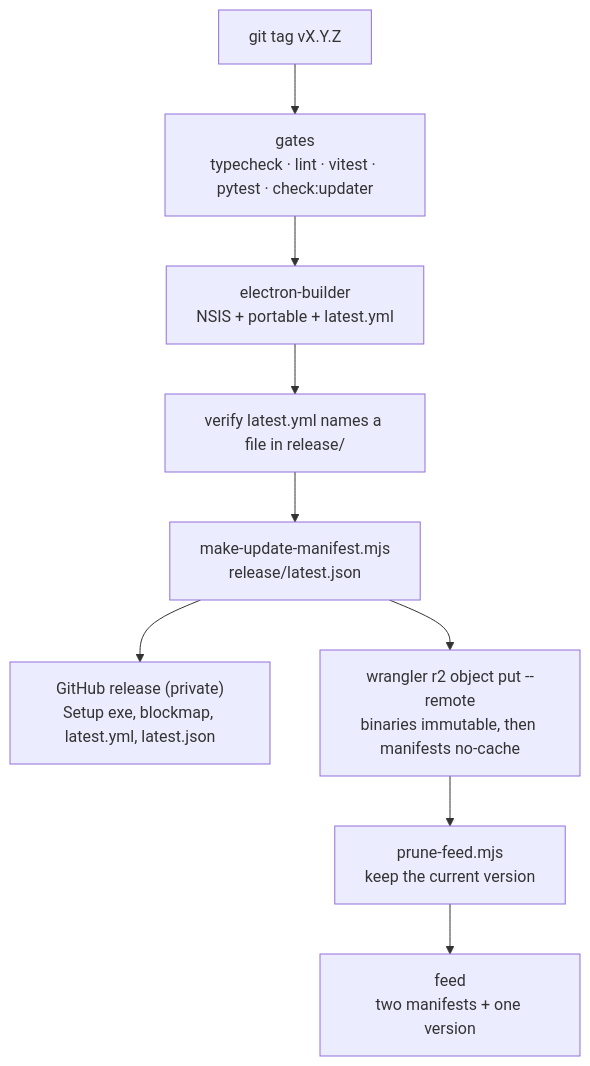
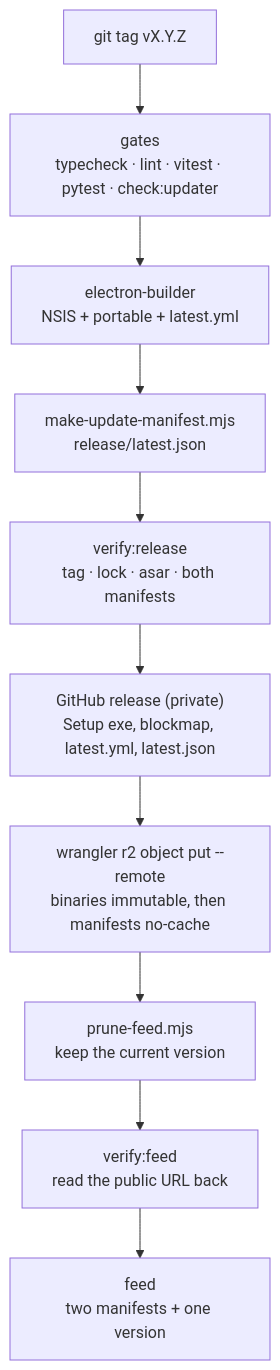
The first of 3 diagrams in docs/UPDATES.md (yassine808/RiotSwitcher), drawn with Mermaid before and after one commit. The commit also changed other lines of this file and 8 other files, not shown here.

Commit message:
feat: gate the release, publish to R2, then verify the live feed

````diff
--- a/docs/UPDATES.md
+++ b/docs/UPDATES.md
@@ -85,11 +85,12 @@
 ```mermaid
 flowchart TD
   T["git tag vX.Y.Z"] --> GATE["gates<br/>typecheck · lint · vitest · pytest · check:updater"]
   GATE --> PACK["electron-builder<br/>NSIS + portable + latest.yml"]
-  PACK --> VERIFY["verify latest.yml names a file in release/"]
-  VERIFY --> MAN["make-update-manifest.mjs<br/>release/latest.json"]
-  MAN --> GH["GitHub release (private)<br/>Setup exe, blockmap, latest.yml, latest.json"]
-  MAN --> R2["wrangler r2 object put --remote<br/>binaries immutable, then manifests no-cache"]
+  PACK --> MAN["make-update-manifest.mjs<br/>release/latest.json"]
+  MAN --> VERIFY["verify:release<br/>tag · lock · asar · both manifests"]
+  VERIFY --> GH["GitHub release (private)<br/>Setup exe, blockmap, latest.yml, latest.json"]
+  GH --> R2["wrangler r2 object put --remote<br/>binaries immutable, then manifests no-cache"]
   R2 --> PRUNE["prune-feed.mjs<br/>keep the current version"]
-  PRUNE --> FEED["feed<br/>two manifests + one version"]
+  PRUNE --> CHECK["verify:feed<br/>read the public URL back"]
+  CHECK --> FEED["feed<br/>two manifests + one version"]
 ```
````
